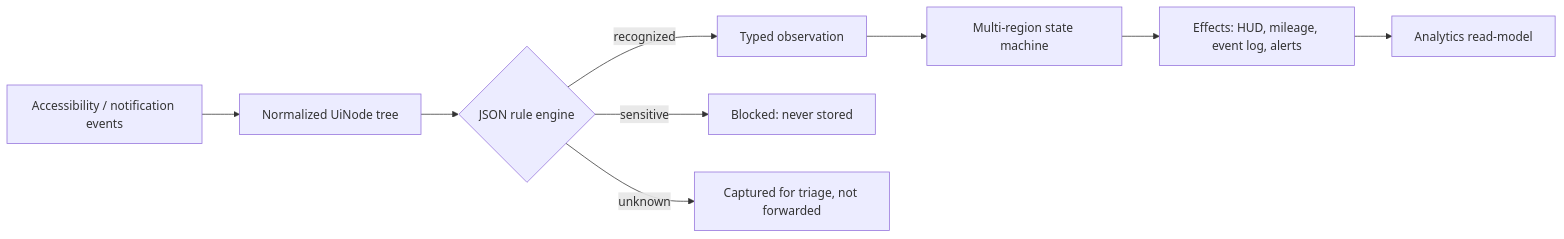
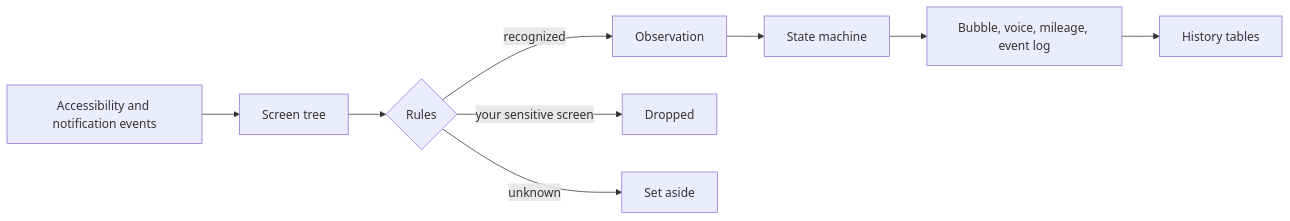
One commit to sjtrotter/DashBuddy changed the diagram in README.md. Above: the diagram before and after it, drawn with Mermaid. The commit also changed other lines of this file, not shown here.

````diff
--- a/README.md
+++ b/README.md
@@ -153,11 +41,11 @@
 ```mermaid
 graph LR
-    A[Accessibility / notification events] --> B[Normalized UiNode tree]
-    B --> C{JSON rule engine}
-    C -- recognized --> D[Typed observation]
-    C -- sensitive --> X[Blocked: never stored]
-    C -- unknown --> Y[Captured for triage, not forwarded]
-    D --> E[Multi-region state machine]
-    E --> F[Effects: HUD, mileage, event log, alerts]
-    F --> G[Analytics read-model]
+    A[Accessibility and notification events] --> B[Screen tree]
+    B --> C{Rules}
+    C -- recognized --> D[Observation]
+    C -- your sensitive screen --> X[Dropped]
+    C -- unknown --> Y[Set aside]
+    D --> E[State machine]
+    E --> F[Bubble, voice, mileage, event log]
+    F --> G[History tables]
 ```
````
